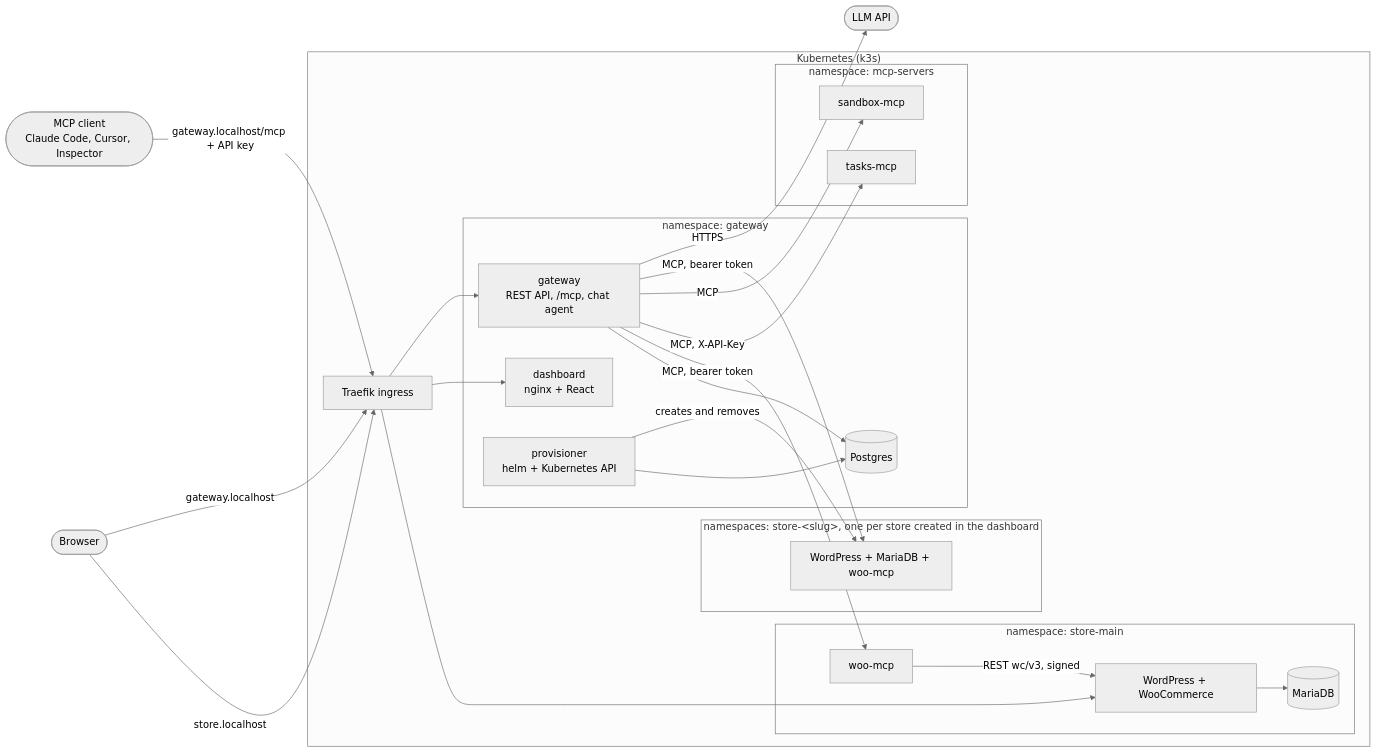
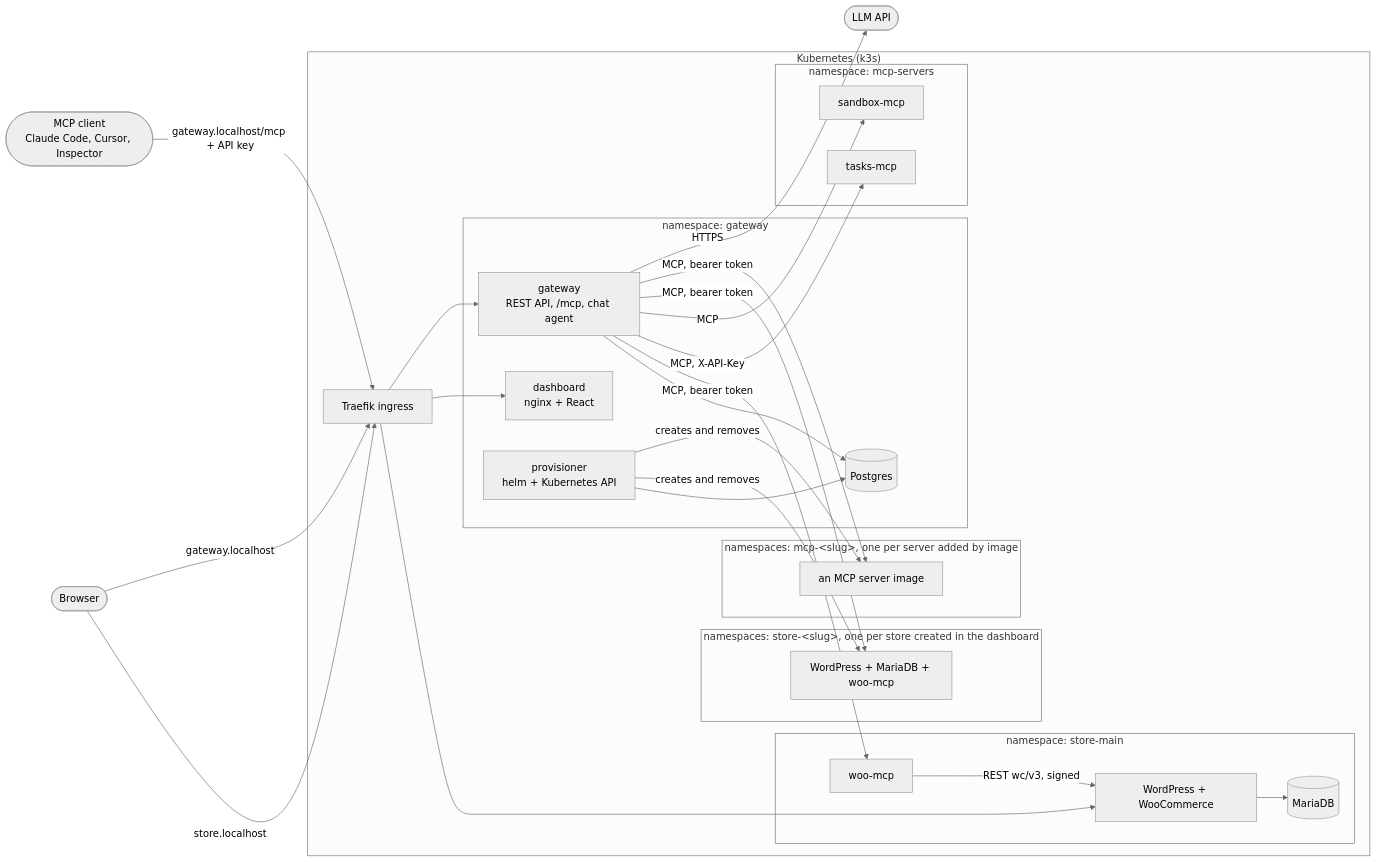
Before and after one commit to saisudarshanrao/woocommerce-mcp-gateway: the diagram in docs/PLAN.md, drawn with Mermaid (neutral theme). The commit also changed other lines of this file and 26 other files, not shown here.

First line of the commit message:
Let an admin add an MCP server by container image and have the platform run it

````diff
--- a/docs/PLAN.md
+++ b/docs/PLAN.md
@@ -14,49 +13,55 @@
 ```mermaid
 flowchart LR
   browser([Browser])
   client(["MCP client<br/>Claude Code, Cursor, Inspector"])
   llm([LLM API])
 
   subgraph cluster["Kubernetes (k3s)"]
     traefik[Traefik ingress]
 
     subgraph ns_gw["namespace: gateway"]
       dash["dashboard<br/>nginx + React"]
       gw["gateway<br/>REST API, /mcp, chat agent"]
       prov["provisioner<br/>helm + Kubernetes API"]
       pg[(Postgres)]
     end
 
     subgraph ns_more["namespaces: store-&lt;slug&gt;, one per store created in the dashboard"]
       more["WordPress + MariaDB + woo-mcp"]
+    end
+
+    subgraph ns_hosted["namespaces: mcp-&lt;slug&gt;, one per server added by image"]
+      hostedmcp["an MCP server image"]
     end
 
     subgraph ns_store["namespace: store-main"]
       wp["WordPress + WooCommerce"]
       db[(MariaDB)]
       woo[woo-mcp]
     end
 
     subgraph ns_mcp["namespace: mcp-servers"]
       tasks[tasks-mcp]
       sandbox[sandbox-mcp]
     end
   end
 
   browser -- "store.localhost" --> traefik
   browser -- "gateway.localhost" --> traefik
   client -- "gateway.localhost/mcp + API key" --> traefik
   traefik --> wp
   traefik --> dash
   traefik --> gw
   gw --> pg
   gw -- "MCP, bearer token" --> woo
   gw -- "MCP, X-API-Key" --> tasks
   gw -- "MCP" --> sandbox
   gw -- "MCP, bearer token" --> more
   prov --> pg
   prov -- "creates and removes" --> more
+  prov -- "creates and removes" --> hostedmcp
+  gw -- "MCP, bearer token" --> hostedmcp
   woo -- "REST wc/v3, signed" --> wp
   wp --> db
   gw -- "HTTPS" --> llm
 ```
````
